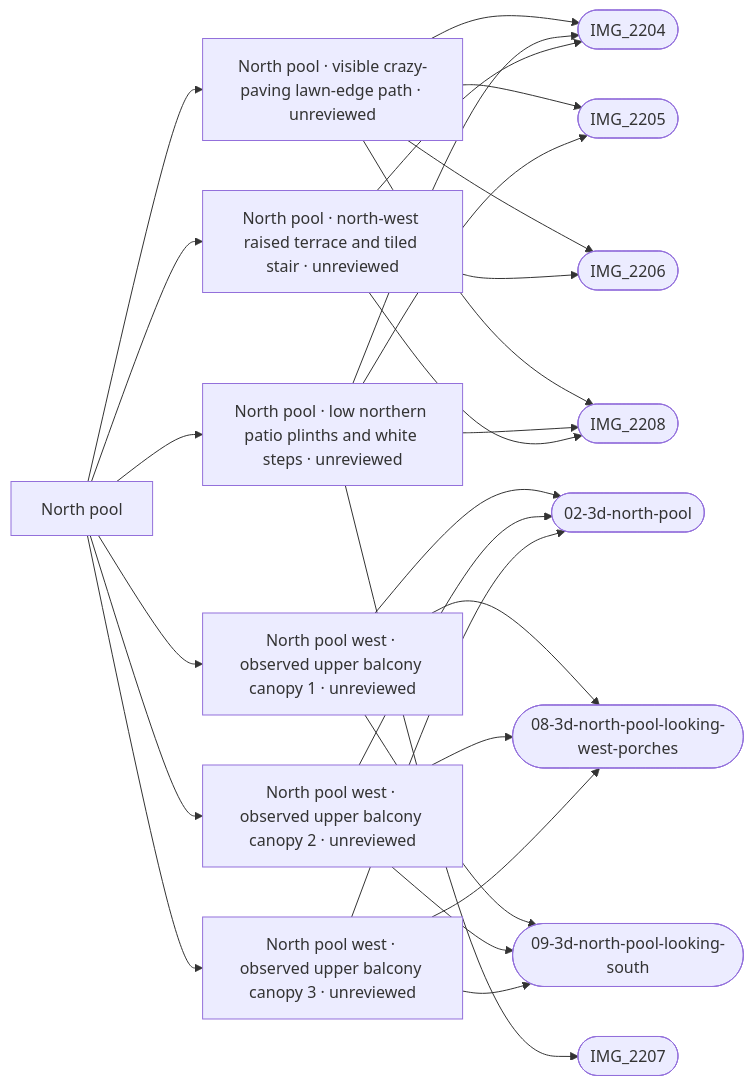
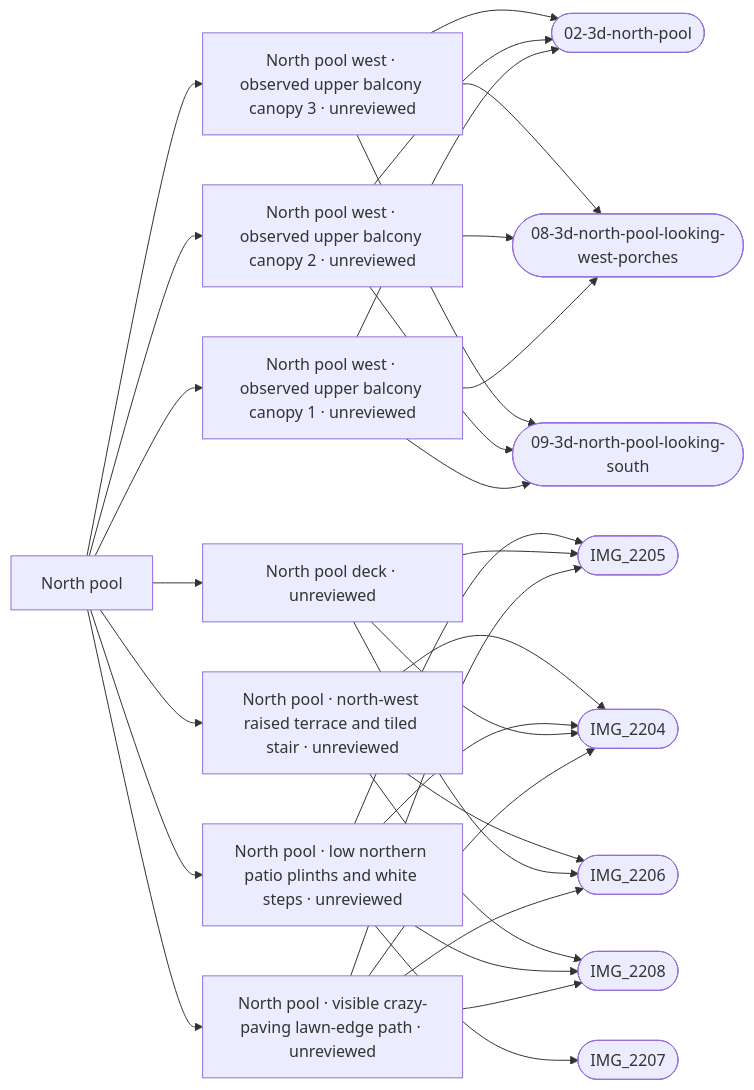
The diagram in refs/areas/north-pool.md (daveyboyc/villacana-venture), drawn with Mermaid before and after one commit. The commit also changed other lines of this file and 42 other files, not shown here.

First line of the commit message:
North pool pilot step 4: measured deck band round the small pools

````diff
--- a/refs/areas/north-pool.md
+++ b/refs/areas/north-pool.md
@@ -57,30 +57,34 @@
 ```mermaid
 graph LR
   A["North pool"]
   A --> F0["North pool · visible crazy-paving lawn-edge path · unreviewed"]
   F0 --> PIMG_2204_jpg(["IMG_2204"])
   F0 --> PIMG_2205_jpg(["IMG_2205"])
   F0 --> PIMG_2206_jpg(["IMG_2206"])
   F0 --> PIMG_2208_jpg(["IMG_2208"])
   A --> F1["North pool west · observed upper balcony canopy 1 · unreviewed"]
   F1 --> Pref_apple_maps_02_3d_north_pool_png(["02-3d-north-pool"])
   F1 --> Pref_apple_maps_08_3d_north_pool_looking_west_porches_png(["08-3d-north-pool-looking-west-porches"])
   F1 --> Pref_apple_maps_09_3d_north_pool_looking_south_png(["09-3d-north-pool-looking-south"])
   A --> F2["North pool west · observed upper balcony canopy 2 · unreviewed"]
   F2 --> Pref_apple_maps_02_3d_north_pool_png(["02-3d-north-pool"])
   F2 --> Pref_apple_maps_08_3d_north_pool_looking_west_porches_png(["08-3d-north-pool-looking-west-porches"])
   F2 --> Pref_apple_maps_09_3d_north_pool_looking_south_png(["09-3d-north-pool-looking-south"])
   A --> F3["North pool west · observed upper balcony canopy 3 · unreviewed"]
   F3 --> Pref_apple_maps_02_3d_north_pool_png(["02-3d-north-pool"])
   F3 --> Pref_apple_maps_08_3d_north_pool_looking_west_porches_png(["08-3d-north-pool-looking-west-porches"])
   F3 --> Pref_apple_maps_09_3d_north_pool_looking_south_png(["09-3d-north-pool-looking-south"])
-  A --> F4["North pool · low northern patio plinths and white steps · unreviewed"]
+  A --> F4["North pool deck · unreviewed"]
   F4 --> PIMG_2204_jpg(["IMG_2204"])
   F4 --> PIMG_2205_jpg(["IMG_2205"])
-  F4 --> PIMG_2207_jpg(["IMG_2207"])
-  F4 --> PIMG_2208_jpg(["IMG_2208"])
-  A --> F5["North pool · north-west raised terrace and tiled stair · unreviewed"]
+  F4 --> PIMG_2206_jpg(["IMG_2206"])
+  A --> F5["North pool · low northern patio plinths and white steps · unreviewed"]
   F5 --> PIMG_2204_jpg(["IMG_2204"])
-  F5 --> PIMG_2206_jpg(["IMG_2206"])
+  F5 --> PIMG_2205_jpg(["IMG_2205"])
+  F5 --> PIMG_2207_jpg(["IMG_2207"])
   F5 --> PIMG_2208_jpg(["IMG_2208"])
+  A --> F6["North pool · north-west raised terrace and tiled stair · unreviewed"]
+  F6 --> PIMG_2204_jpg(["IMG_2204"])
+  F6 --> PIMG_2206_jpg(["IMG_2206"])
+  F6 --> PIMG_2208_jpg(["IMG_2208"])
 ```
````
